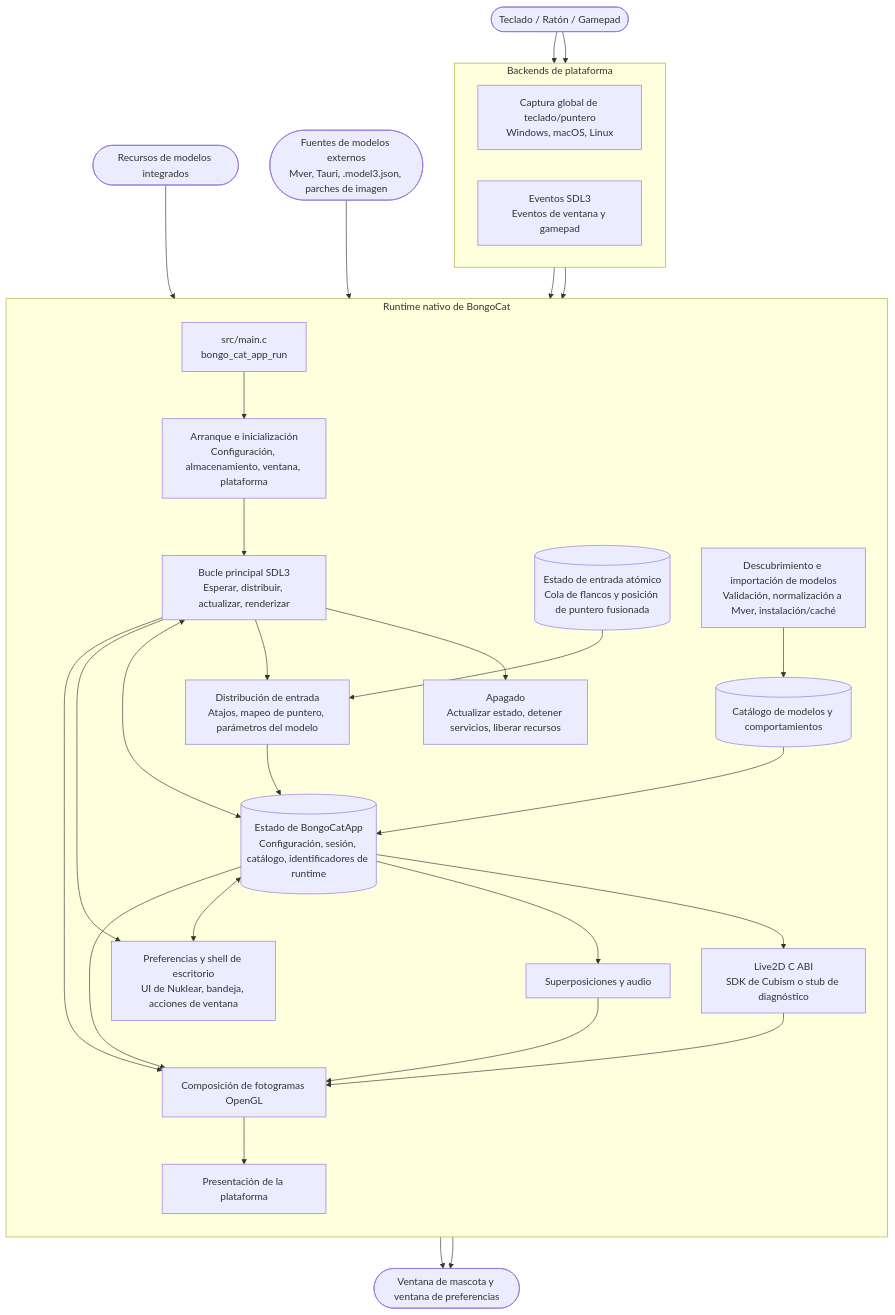
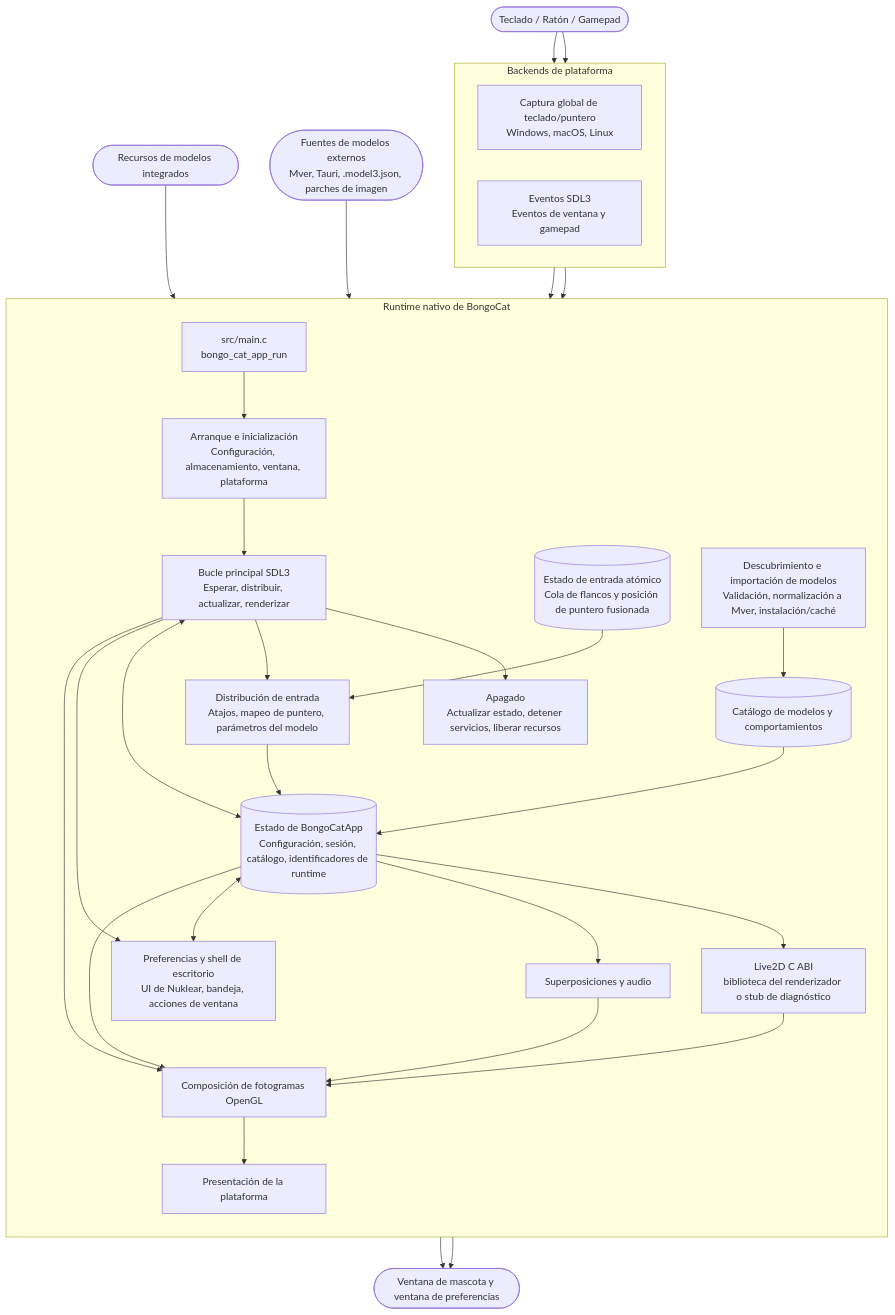
One commit to TianMengLucky/BongoCat-X changed the diagram in docs/README.es-ES.md. Above: the diagram before and after it, drawn with Mermaid. The commit also changed other lines of this file and 62 other files, not shown here.

Commit message:
feat. Live2D SDK but Plugin mode

````diff
--- a/docs/README.es-ES.md
+++ b/docs/README.es-ES.md
@@ -215,49 +228,49 @@
 ```mermaid
 flowchart TB
   Input(["Teclado / Ratón / Gamepad"])
   BuiltIn(["Recursos de modelos integrados"])
   Sources(["Fuentes de modelos externos<br/>Mver, Tauri, .model3.json, parches de imagen"])
   Desktop(["Ventana de mascota y ventana de preferencias"])
   subgraph Runtime["Runtime nativo de BongoCat"]
     direction TB
     Entry["src/main.c<br/>bongo_cat_app_run"]
     Startup["Arranque e inicialización<br/>Configuración, almacenamiento, ventana, plataforma"]
     Loop["Bucle principal SDL3<br/>Esperar, distribuir, actualizar, renderizar"]
     Shutdown["Apagado<br/>Actualizar estado, detener servicios, liberar recursos"]
     InputQueue[("Estado de entrada atómico<br/>Cola de flancos y posición de puntero fusionada")]
     InputDispatch["Distribución de entrada<br/>Atajos, mapeo de puntero, parámetros del modelo"]
     State[("Estado de BongoCatApp<br/>Configuración, sesión, catálogo, identificadores de runtime")]
     Import["Descubrimiento e importación de modelos<br/>Validación, normalización a Mver, instalación/caché"]
     Catalog[("Catálogo de modelos y comportamientos")]
-    Live2D["Live2D C ABI<br/>SDK de Cubism o stub de diagnóstico"]
+    Live2D["Live2D C ABI<br/>biblioteca del renderizador o stub de diagnóstico"]
     Overlay["Superposiciones y audio"]
     Preferences["Preferencias y shell de escritorio<br/>UI de Nuklear, bandeja, acciones de ventana"]
     Compose["Composición de fotogramas OpenGL"]
     Present["Presentación de la plataforma"]
     Entry --> Startup --> Loop
     Loop --> Shutdown
     Loop --> InputDispatch --> State
     Loop <--> State
     State --> Live2D
     State --> Overlay
     State <--> Preferences
     Loop --> Preferences
     Catalog --> State
     State --> Compose
     Live2D --> Compose
     Overlay --> Compose
     Compose --> Present
     Loop --> Compose
   end
   subgraph Platform["Backends de plataforma"]
     direction LR
     Global["Captura global de teclado/puntero<br/>Windows, macOS, Linux"]
     SDL["Eventos SDL3<br/>Eventos de ventana y gamepad"]
   end
   Input --> Global --> InputQueue --> InputDispatch
   Input --> SDL --> Loop
   BuiltIn --> Catalog
   Sources --> Import --> Catalog
   Present --> Desktop
   Preferences --> Desktop
 ```
````
